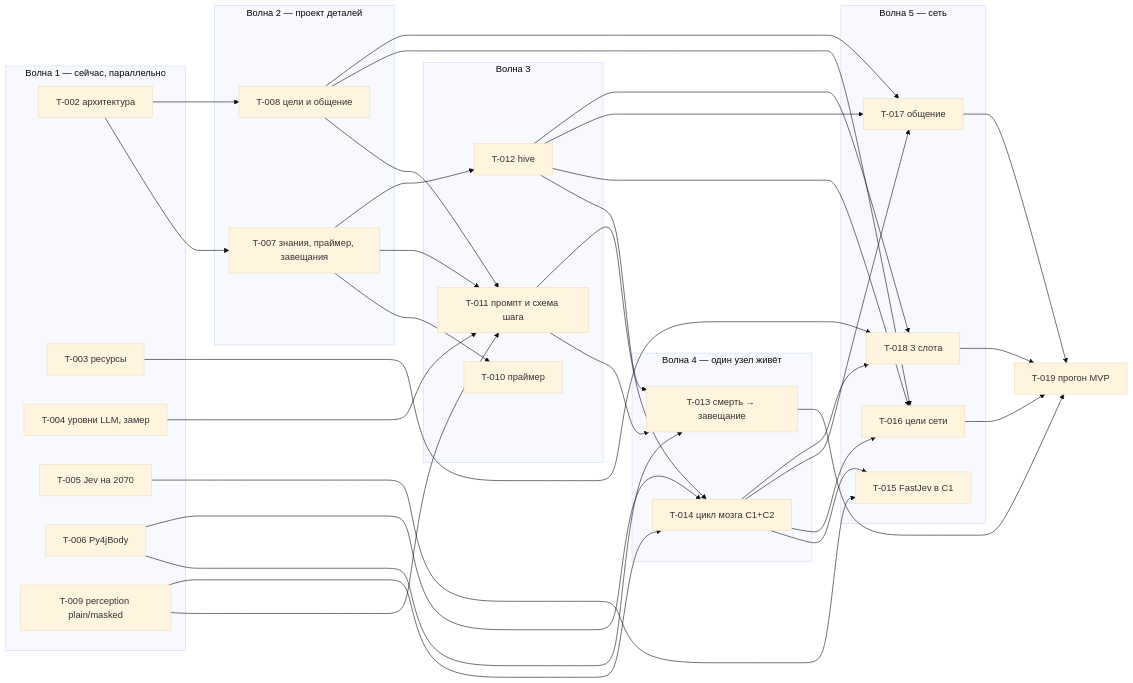
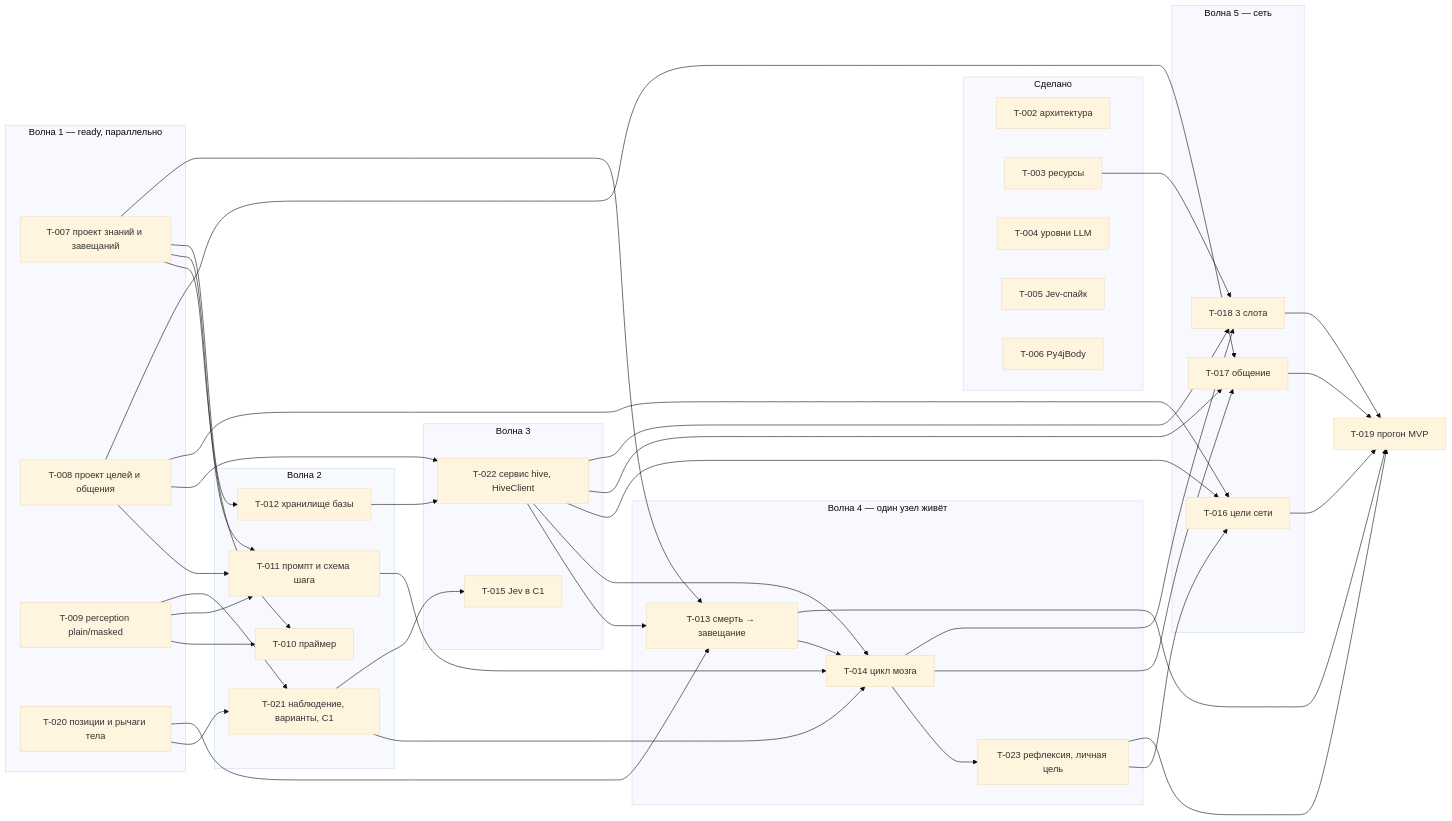
One commit to ZeusThunderer/lastorder changed the diagram in docs/agents/prototype-plan.md. Above: the diagram before and after it, drawn with Mermaid (base theme). The commit also changed other lines of this file and 20 other files, not shown here.

````diff
--- a/docs/agents/prototype-plan.md
+++ b/docs/agents/prototype-plan.md
@@ -27,44 +27,47 @@
 ```mermaid
 flowchart LR
-  subgraph W1["Волна 1 — сейчас, параллельно"]
-    T002["T-002 архитектура"]
-    T003["T-003 ресурсы"]
-    T004["T-004 уровни LLM, замер"]
-    T005["T-005 Jev на 2070"]
-    T006["T-006 Py4jBody"]
+  subgraph D["Сделано"]
+    T002["T-002 архитектура"]; T003["T-003 ресурсы"]; T004["T-004 уровни LLM"]
+    T005["T-005 Jev-спайк"]; T006["T-006 Py4jBody"]
+  end
+  subgraph W1["Волна 1 — ready, параллельно"]
+    T007["T-007 проект знаний и завещаний"]
+    T008["T-008 проект целей и общения"]
     T009["T-009 perception plain/masked"]
+    T020["T-020 позиции и рычаги тела"]
   end
-  subgraph W2["Волна 2 — проект деталей"]
-    T007["T-007 знания, праймер, завещания"]
-    T008["T-008 цели и общение"]
+  subgraph W2["Волна 2"]
+    T010["T-010 праймер"]
+    T011["T-011 промпт и схема шага"]
+    T012["T-012 хранилище базы"]
+    T021["T-021 наблюдение, варианты, C1"]
   end
   subgraph W3["Волна 3"]
-    T010["T-010 праймер"]
-    T011["T-011 промпт и схема шага"]
-    T012["T-012 hive"]
+    T022["T-022 сервис hive, HiveClient"]
+    T015["T-015 Jev в C1"]
   end
   subgraph W4["Волна 4 — один узел живёт"]
     T013["T-013 смерть → завещание"]
-    T014["T-014 цикл мозга C1+C2"]
+    T014["T-014 цикл мозга"]
+    T023["T-023 рефлексия, личная цель"]
   end
   subgraph W5["Волна 5 — сеть"]
-    T015["T-015 FastJev в C1"]
     T016["T-016 цели сети"]
     T017["T-017 общение"]
     T018["T-018 3 слота"]
   end
   T019["T-019 прогон MVP"]
-  T002 --> T007 & T008
-  T007 --> T010 & T011 & T012
-  T008 --> T011
-  T009 --> T011 & T014
-  T004 --> T011
-  T006 --> T013 & T014
-  T011 --> T013 & T014
-  T012 --> T013 & T016 & T017 & T018
-  T005 --> T015
-  T014 --> T015 & T016 & T017 & T018
-  T008 --> T016 & T017
+  T007 --> T010 & T011 & T012 & T013
+  T008 --> T011 & T022 & T016 & T017
+  T009 --> T010 & T011 & T021
+  T020 --> T021 & T013
+  T012 --> T022
+  T021 --> T014 & T015
+  T022 --> T013 & T014 & T016 & T017 & T018
+  T011 --> T014
+  T013 --> T014
+  T014 --> T023 & T017 & T018
+  T023 --> T016
   T003 --> T018
-  T013 & T016 & T017 & T018 --> T019
+  T013 & T016 & T017 & T018 & T023 --> T019
 ```
````
